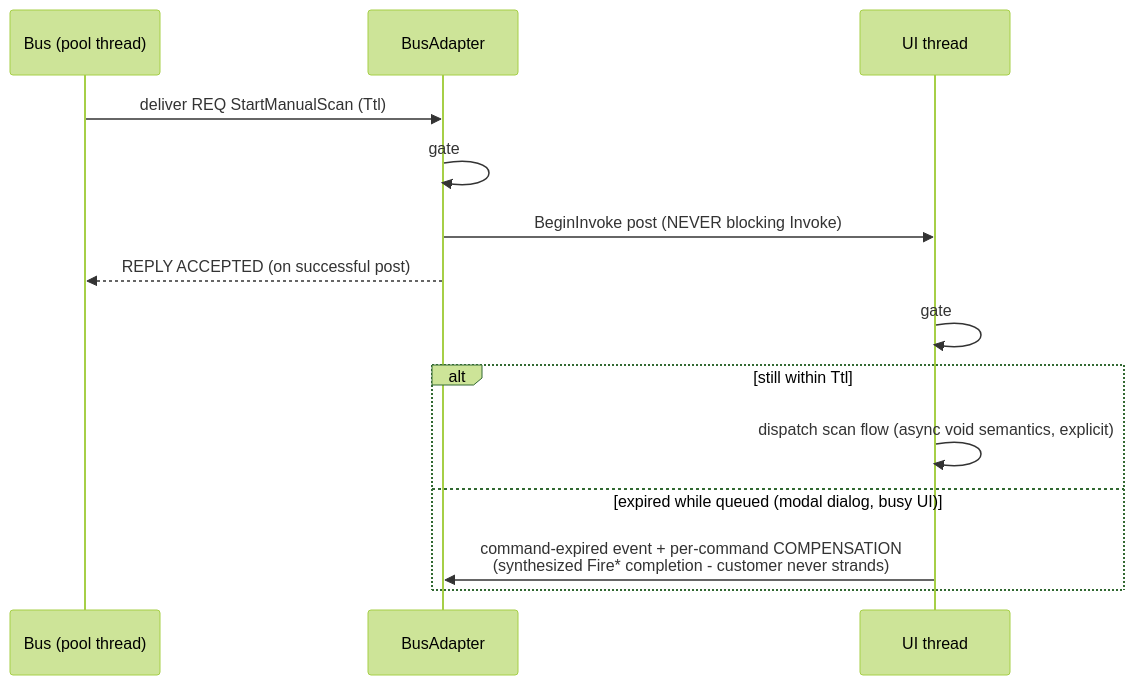
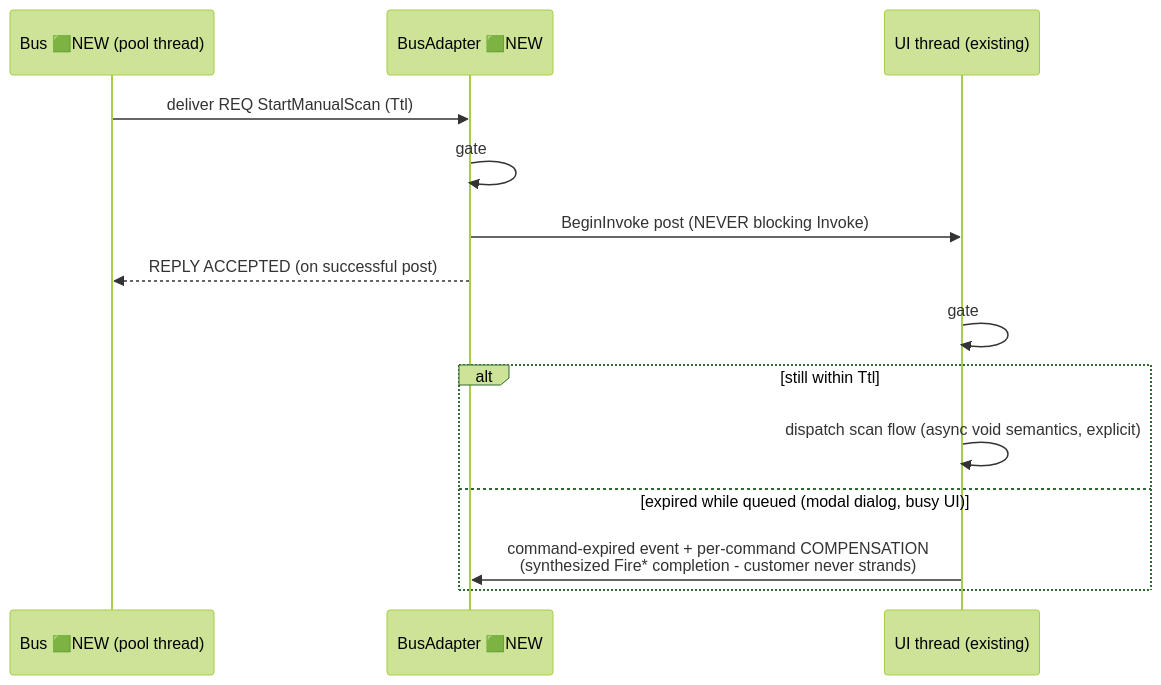
One commit to amitA-camtek/bus_gateway changed the fourth of 7 diagrams in stage/02-aoi-architecture.md. Above: the diagram before and after it, drawn with Mermaid (forest theme). The commit also changed other lines of this file and 11 other files, not shown here.

````diff
--- a/stage/02-aoi-architecture.md
+++ b/stage/02-aoi-architecture.md
@@ -165,17 +187,17 @@
 ```mermaid
 sequenceDiagram
-    participant BUS as Bus (pool thread)
-    participant BA as BusAdapter
-    participant UI as UI thread
+    participant BUS as Bus 🟩NEW (pool thread)
+    participant BA as BusAdapter 🟩NEW
+    participant UI as UI thread (existing)
 
     BUS->>BA: deliver REQ StartManualScan (Ttl)
     BA->>BA: gate #1 - Ttl (monotonic) + Sim/VVR + serialization
     BA->>UI: BeginInvoke post (NEVER blocking Invoke)
     BA-->>BUS: REPLY ACCEPTED (on successful post)
     UI->>UI: gate #2 - Ttl re-check at dequeue
     alt still within Ttl
     UI->>UI: dispatch scan flow (async void semantics, explicit)
     else expired while queued (modal dialog, busy UI)
     UI->>BA: command-expired event + per-command COMPENSATION<br/>(synthesized Fire* completion - customer never strands)
     end
 ```
````
